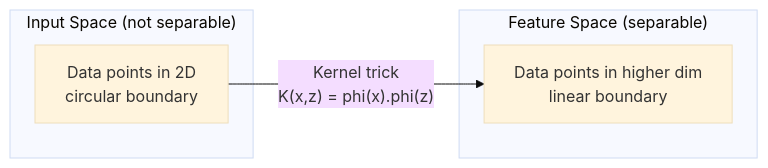
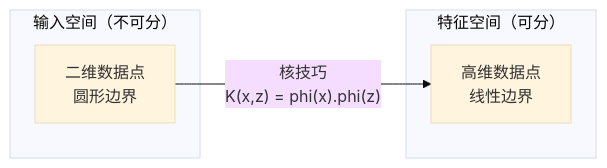
The third of 3 diagrams in phases/02-ml-fundamentals/05-support-vector-machines/docs/zh.md (JerryC8080/ai-engineering-from-scratch-zh), drawn with Mermaid (base theme) before and after one commit. The commit also changed other lines of this file and 156 other files, not shown here.

First line of the commit message:
i18n(zh): translate mermaid diagram labels in 157 lesson zh.md

````diff
--- a/phases/02-ml-fundamentals/05-support-vector-machines/docs/zh.md
+++ b/phases/02-ml-fundamentals/05-support-vector-machines/docs/zh.md
@@ -180,10 +180,10 @@
 ```mermaid
 graph LR
-    subgraph "Input Space (not separable)"
-        A["Data points in 2D<br>circular boundary"]
+    subgraph "输入空间（不可分）"
+        A["二维数据点<br>圆形边界"]
     end
-    subgraph "Feature Space (separable)"
-        B["Data points in higher dim<br>linear boundary"]
+    subgraph "特征空间（可分）"
+        B["高维数据点<br>线性边界"]
     end
-    A -->|"Kernel trick<br>K(x,z) = phi(x).phi(z)"| B
+    A -->|"核技巧<br>K(x,z) = phi(x).phi(z)"| B
 ```
````
